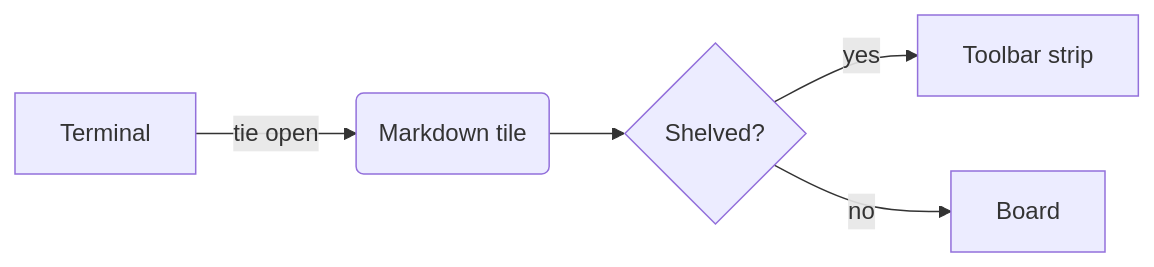
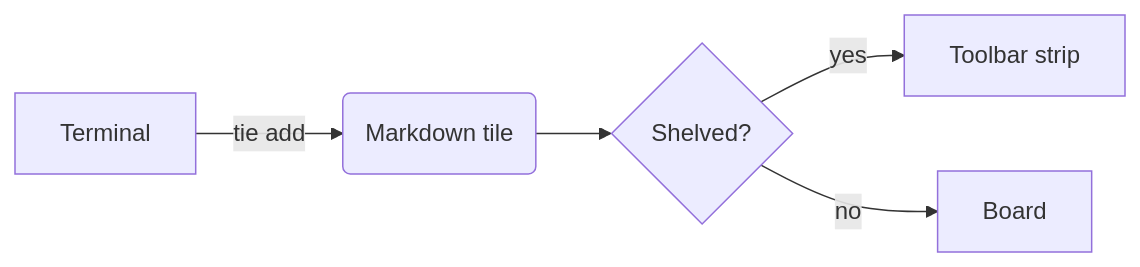
The first of 5 diagrams in dev/samples/markdown.md (slezica/tie), drawn with Mermaid before and after one commit. The commit also changed other lines of this file and 61 other files, not shown here.

````diff
--- a/dev/samples/markdown.md
+++ b/dev/samples/markdown.md
@@ -266,7 +266,7 @@
 ```mermaid
 flowchart LR
-  A[Terminal] -->|tie open| B(Markdown tile)
+  A[Terminal] -->|tie add| B(Markdown tile)
   B --> C{Shelved?}
   C -->|yes| D[Toolbar strip]
   C -->|no| E[Board]
 ```
````
